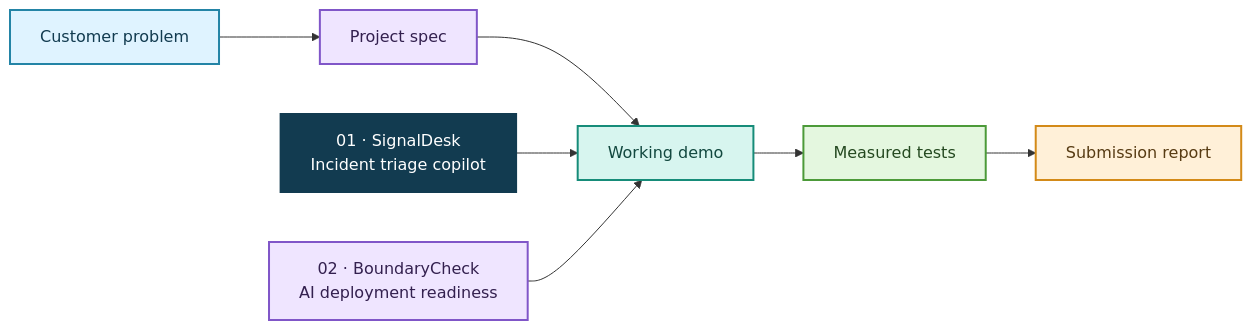
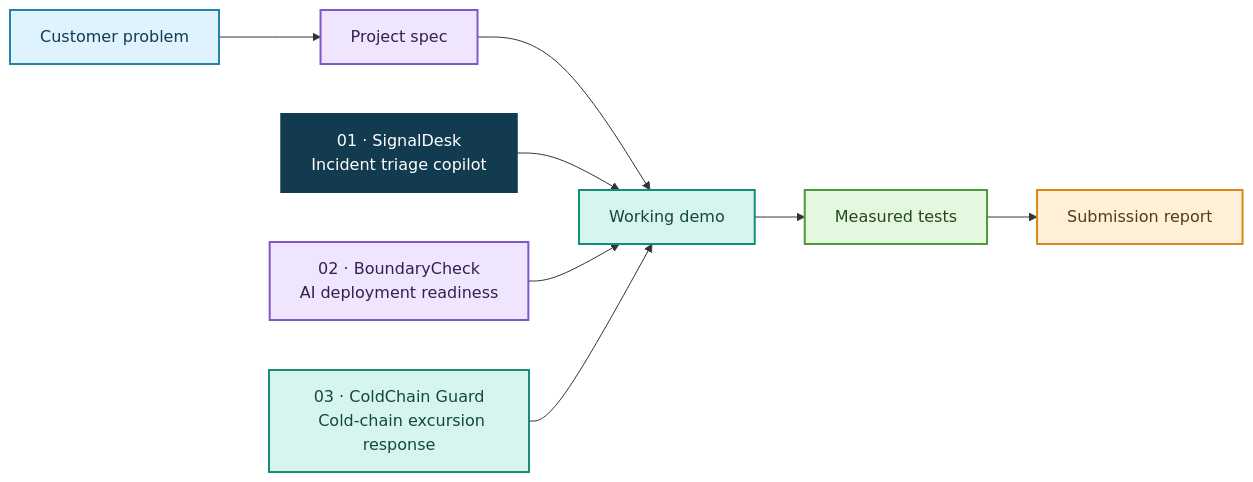
Before and after one commit to Asresh/FDE-projects: the diagram in README.md, drawn with Mermaid. The commit also changed other lines of this file and 17 other files, not shown here.

Commit message:
Add project 03 cold-chain response

````diff
--- a/README.md
+++ b/README.md
@@ -14,14 +14,16 @@
 ```mermaid
 flowchart LR
   A[Customer problem]:::blue --> B[Project spec]:::purple --> C[Working demo]:::teal --> D[Measured tests]:::green --> E[Submission report]:::orange
   P1[01 · SignalDesk
   Incident triage copilot]:::navy --> C
   P2[02 · BoundaryCheck
   AI deployment readiness]:::purple --> C
+  P3[03 · ColdChain Guard
+  Cold-chain excursion response]:::teal --> C
   classDef blue fill:#DFF3FF,stroke:#2384A6,color:#123B50,stroke-width:2px
   classDef purple fill:#EFE5FF,stroke:#8056C8,color:#33204F,stroke-width:2px
   classDef teal fill:#D7F5EF,stroke:#168C79,color:#12483F,stroke-width:2px
   classDef green fill:#E4F7DF,stroke:#4C9A39,color:#244920,stroke-width:2px
   classDef orange fill:#FFF0D8,stroke:#D38A18,color:#573B13,stroke-width:2px
   classDef navy fill:#123B50,stroke:#123B50,color:#FFFFFF,stroke-width:2px
 ```
````
